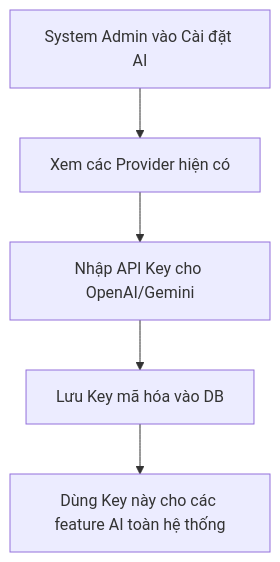
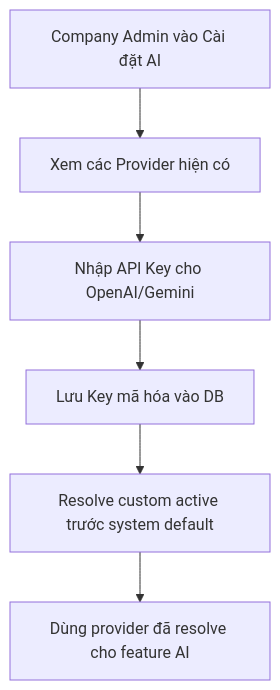
Before and after one commit to VanHaPtit/EasyTech_FE: the diagram in nghiep_vu/epic-07_Settings_Configuration/user-story-31_AI_Provider/user-story.md, drawn with Mermaid. The commit also changed other lines of this file and 3 other files, not shown here.

Commit message:
docs(ai-provider): thống nhất contract cấu hình AI

````diff
--- a/nghiep_vu/epic-07_Settings_Configuration/user-story-31_AI_Provider/user-story.md
+++ b/nghiep_vu/epic-07_Settings_Configuration/user-story-31_AI_Provider/user-story.md
@@ -11,7 +11,8 @@
 ```mermaid
 graph TD
-    A[System Admin vào Cài đặt AI] --> B[Xem các Provider hiện có]
+    A[Company Admin vào Cài đặt AI] --> B[Xem các Provider hiện có]
     B --> C[Nhập API Key cho OpenAI/Gemini]
     C --> D[Lưu Key mã hóa vào DB]
-    D --> E[Dùng Key này cho các feature AI toàn hệ thống]
+    D --> E[Resolve custom active trước system default]
+    E --> F[Dùng provider đã resolve cho feature AI]
 ```
````
